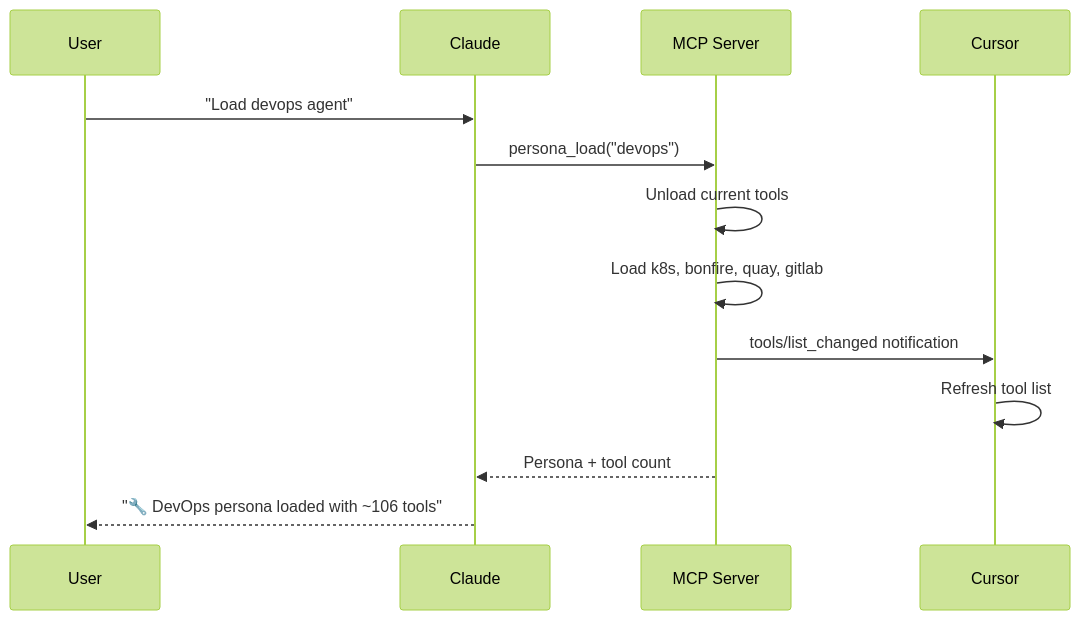
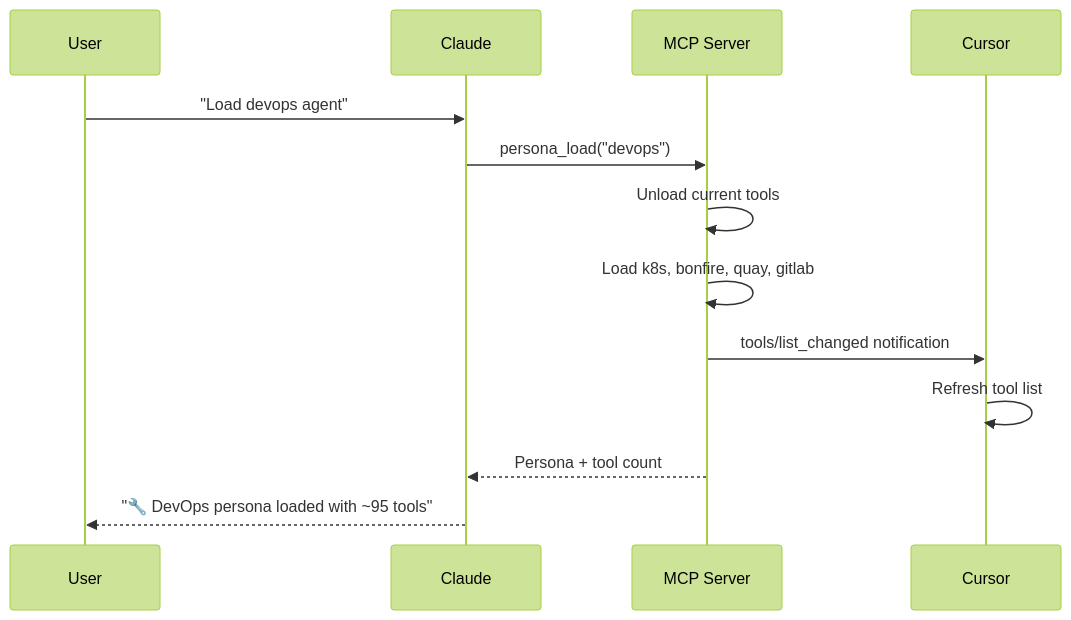
The first of 2 diagrams in docs/personas/README.md (dmzoneill/redhat-ai-workflow), drawn with Mermaid (forest theme) before and after one commit. The commit also changed other lines of this file and 17 other files, not shown here.

````diff
--- a/docs/personas/README.md
+++ b/docs/personas/README.md
@@ -20,16 +20,16 @@
 ```mermaid
 sequenceDiagram
     participant User
     participant Claude
     participant MCP as MCP Server
     participant Cursor
 
     User->>Claude: "Load devops agent"
     Claude->>MCP: persona_load("devops")
     MCP->>MCP: Unload current tools
     MCP->>MCP: Load k8s, bonfire, quay, gitlab
     MCP->>Cursor: tools/list_changed notification
     Cursor->>Cursor: Refresh tool list
     MCP-->>Claude: Persona + tool count
-    Claude-->>User: "🔧 DevOps persona loaded with ~106 tools"
+    Claude-->>User: "🔧 DevOps persona loaded with ~95 tools"
 ```
````
